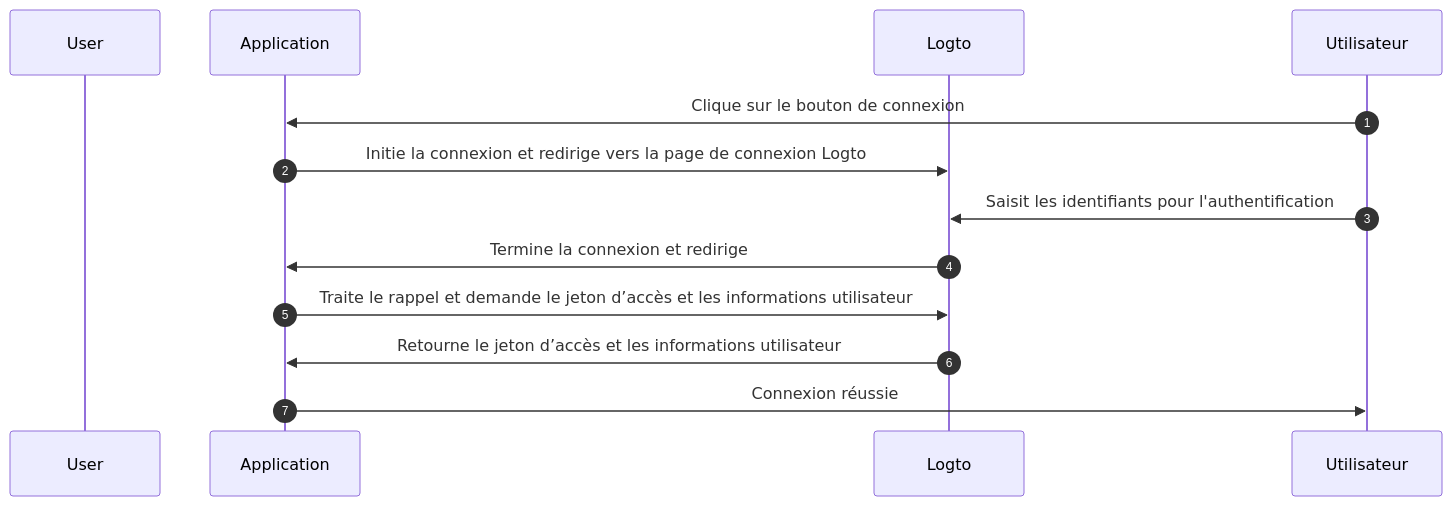
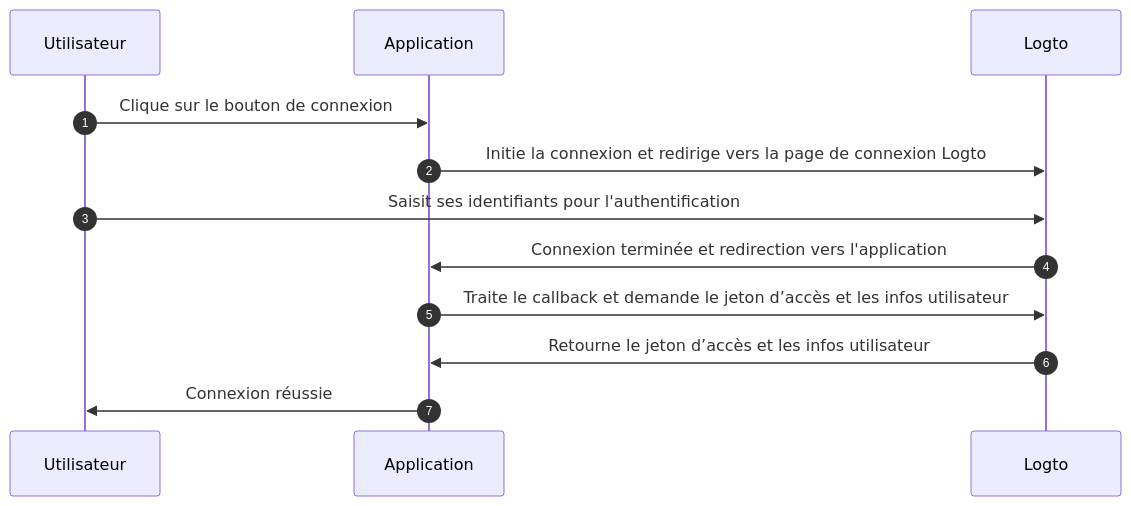
One commit to logto-io/docs changed the first of 4 diagrams in i18n/fr/docusaurus-plugin-content-docs/current/integrate-logto/integrate-logto-into-your-application/understand-authentication-flow.mdx. Above: the diagram before and after it, drawn with Mermaid. The commit also changed other lines of this file and 44 other files, not shown here.

````diff
--- a/i18n/fr/docusaurus-plugin-content-docs/current/integrate-logto/integrate-logto-into-your-application/understand-authentication-flow.mdx
+++ b/i18n/fr/docusaurus-plugin-content-docs/current/integrate-logto/integrate-logto-into-your-application/understand-authentication-flow.mdx
@@ -14,15 +14,15 @@
 ```mermaid
 sequenceDiagram
     autonumber
-    participant User
+    participant Utilisateur
     participant Application
     participant Logto
 
     Utilisateur->>Application: Clique sur le bouton de connexion
     Application->>Logto: Initie la connexion et redirige vers la page de connexion Logto
-    Utilisateur->>Logto: Saisit les identifiants pour l'authentification
-    Logto->>Application: Termine la connexion et redirige
-    Application->>Logto: Traite le rappel et demande le jeton d’accès et les informations utilisateur
-    Logto->>Application: Retourne le jeton d’accès et les informations utilisateur
+    Utilisateur->>Logto: Saisit ses identifiants pour l'authentification
+    Logto->>Application: Connexion terminée et redirection vers l'application
+    Application->>Logto: Traite le callback et demande le jeton d’accès et les infos utilisateur
+    Logto->>Application: Retourne le jeton d’accès et les infos utilisateur
     Application->>Utilisateur: Connexion réussie
 ```
````
